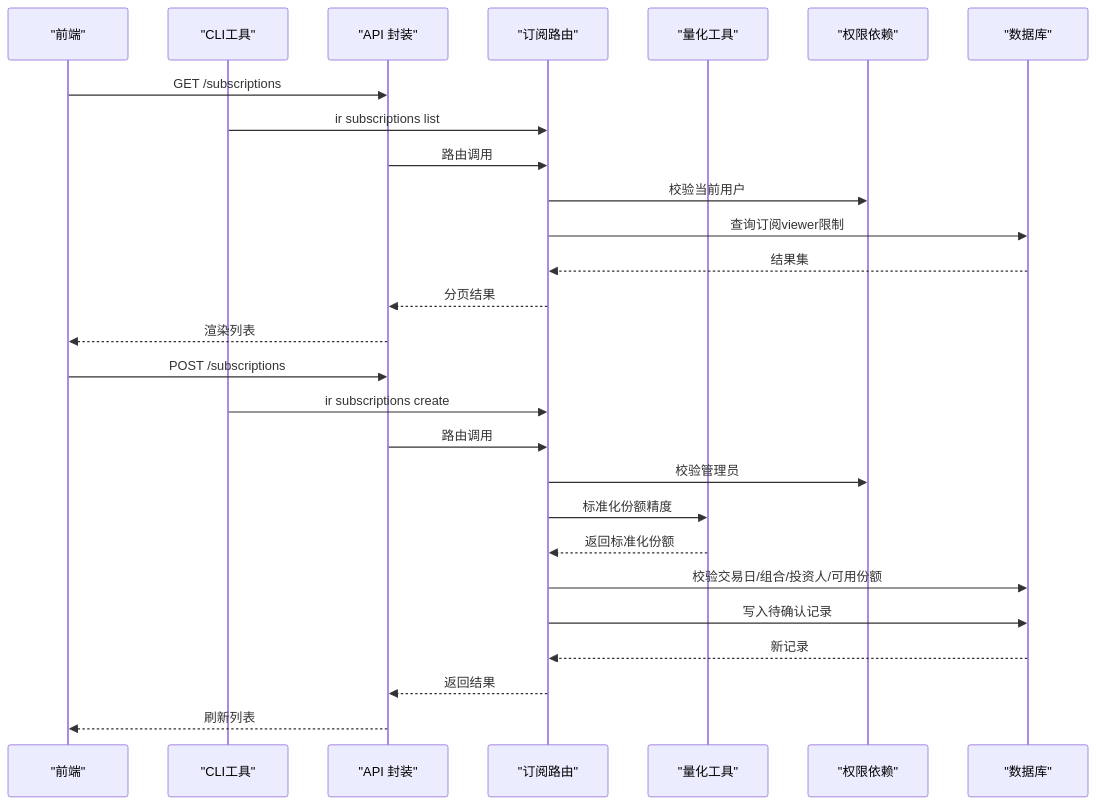
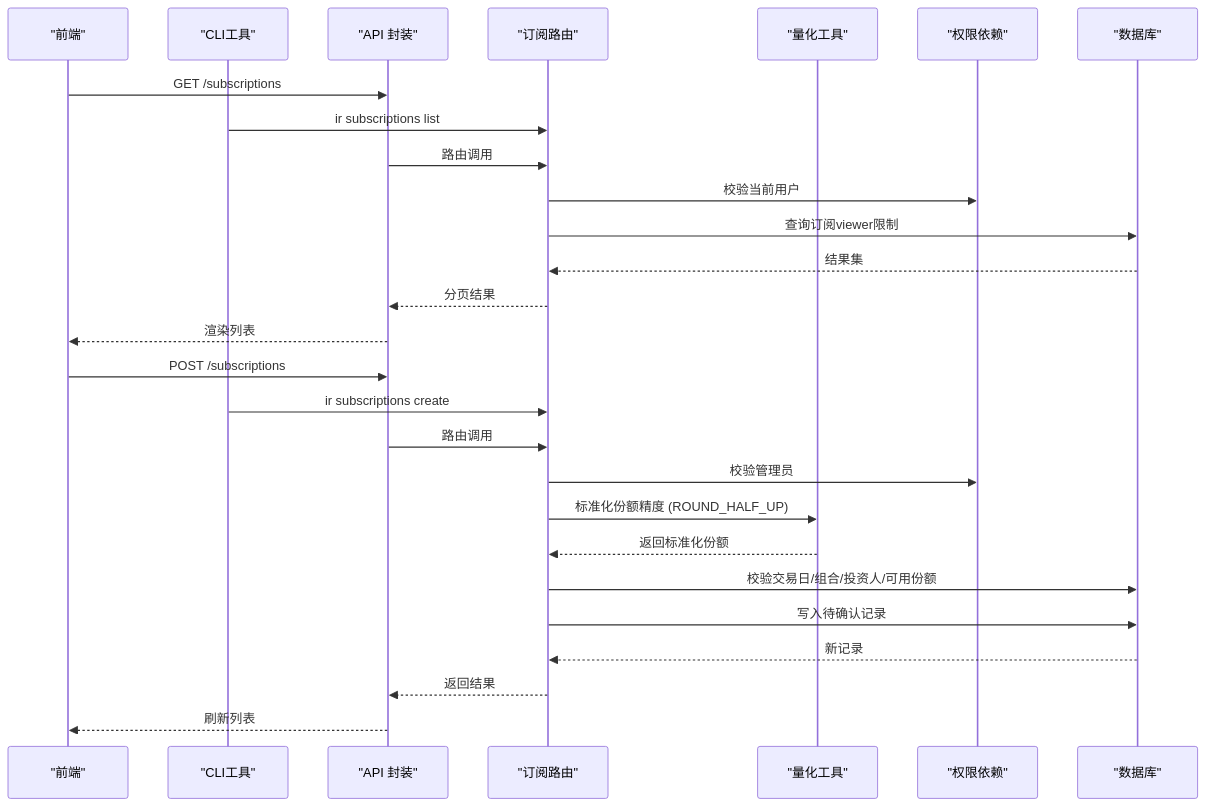
The fifth of 7 diagrams in .qoder/repowiki/zh/content/核心业务功能/订阅管理.md (gujialind/InvestRing), drawn with Mermaid before and after one commit. The commit also changed other lines of this file and 32 other files, not shown here.

````diff
--- a/.qoder/repowiki/zh/content/核心业务功能/订阅管理.md
+++ b/.qoder/repowiki/zh/content/核心业务功能/订阅管理.md
@@ -321,29 +321,29 @@
 ```mermaid
 sequenceDiagram
 participant FE as "前端"
 participant CLI as "CLI工具"
 participant API as "API 封装"
 participant Router as "订阅路由"
 participant Utils as "量化工具"
 participant Auth as "权限依赖"
 participant DB as "数据库"
 FE->>API : GET /subscriptions
 CLI->>Router : ir subscriptions list
 API->>Router : 路由调用
 Router->>Auth : 校验当前用户
 Router->>DB : 查询订阅viewer限制
 DB-->>Router : 结果集
 Router-->>API : 分页结果
 API-->>FE : 渲染列表
 FE->>API : POST /subscriptions
 CLI->>Router : ir subscriptions create
 API->>Router : 路由调用
 Router->>Auth : 校验管理员
-Router->>Utils : 标准化份额精度
+Router->>Utils : 标准化份额精度 (ROUND_HALF_UP)
 Utils-->>Router : 返回标准化份额
 Router->>DB : 校验交易日/组合/投资人/可用份额
 Router->>DB : 写入待确认记录
 DB-->>Router : 新记录
 Router-->>API : 返回结果
 API-->>FE : 刷新列表
 ```
````
